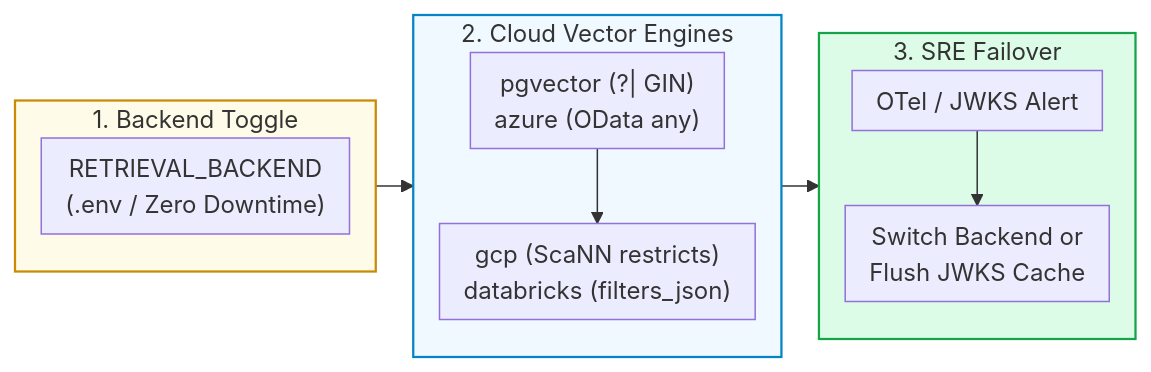
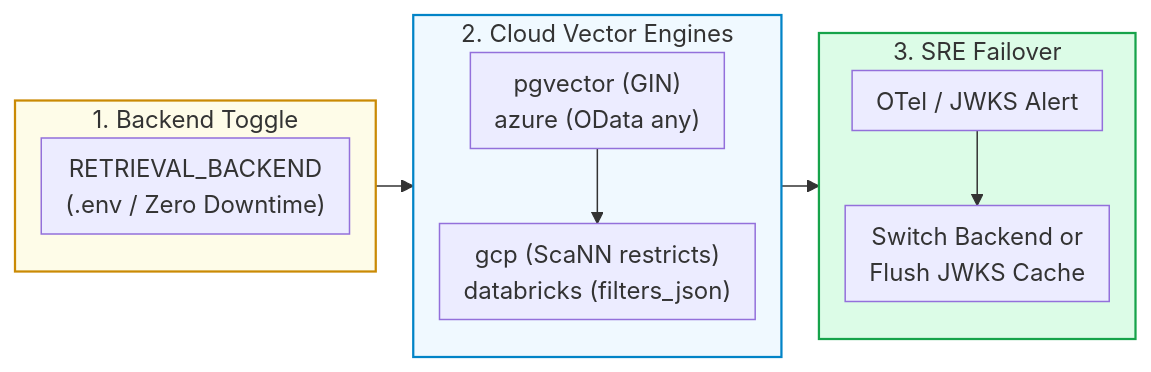
Before and after one commit to Kenono2000/enterprise-rag-pgvector-rbac: the ninth of 10 diagrams in README.md, drawn with Mermaid. The commit also changed other lines of this file and 10 other files, not shown here.

First line of the commit message:
feat: Enhance HITL approval flow with checkpointing and decision endpoint

````diff
--- a/README.md
+++ b/README.md
@@ -396,20 +600,21 @@
 ```mermaid
 %%{init: {'flowchart': {'nodeSpacing': 15, 'rankSpacing': 25, 'padding': 8}}}%%
 flowchart LR
     subgraph Router ["1. Backend Toggle"]
         direction TB
         Toggle["RETRIEVAL_BACKEND<br/>(.env / Zero Downtime)"]
     end
     subgraph Engines ["2. Cloud Vector Engines"]
         direction TB
-        LocalAndAz["pgvector (?#124; GIN)<br/>azure (OData any)"] --> GcpAndDbx["gcp (ScaNN restricts)<br/>databricks (filters_json)"]
+        LocalAndAz["pgvector (GIN)<br/>azure (OData any)"] --> GcpAndDbx["gcp (ScaNN restricts)<br/>databricks (filters_json)"]
     end
     subgraph Runbook ["3. SRE Failover"]
         direction TB
         Alert["OTel / JWKS Alert"] --> Action["Switch Backend or<br/>Flush JWKS Cache"]
     end
-    Router --> Engines --> Runbook
+    Router --> Engines
+    Engines --> Runbook
     style Router fill:#fefce8,stroke:#ca8a04,stroke-width:1.5px
     style Engines fill:#f0f9ff,stroke:#0284c7,stroke-width:1.5px
     style Runbook fill:#dcfce7,stroke:#16a34a,stroke-width:1.5px
 ```
````
